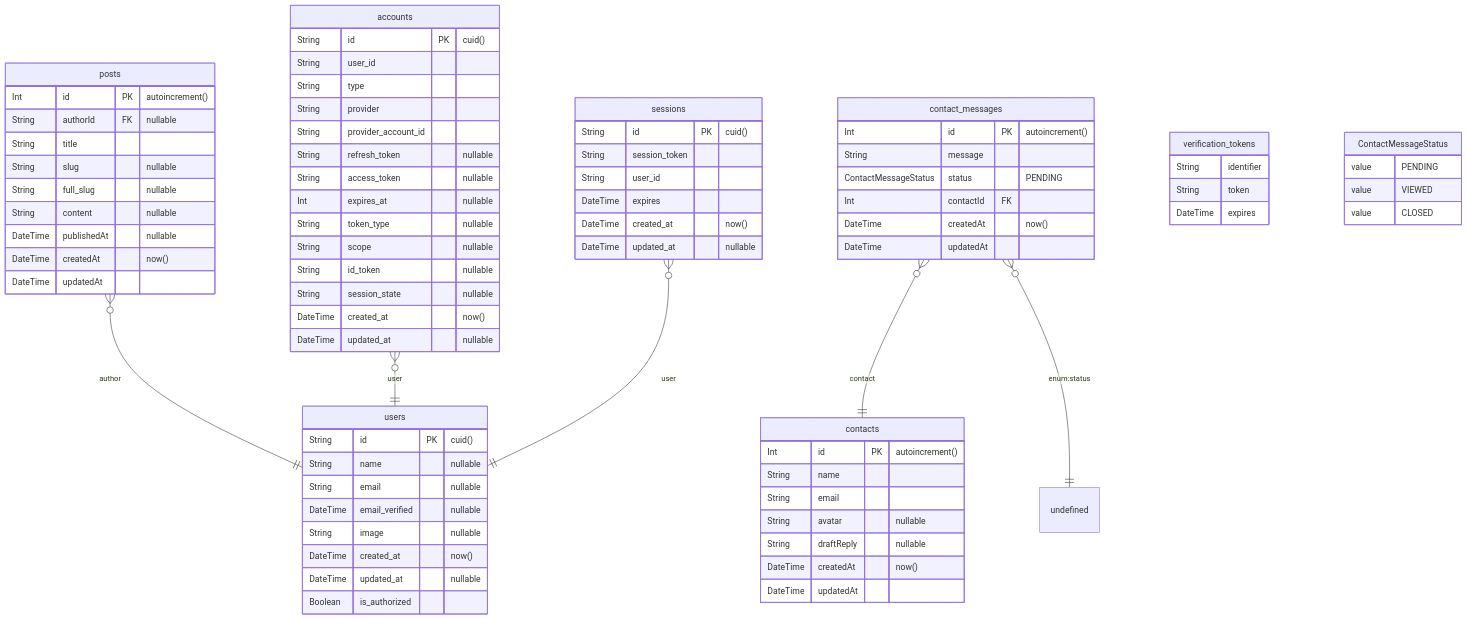
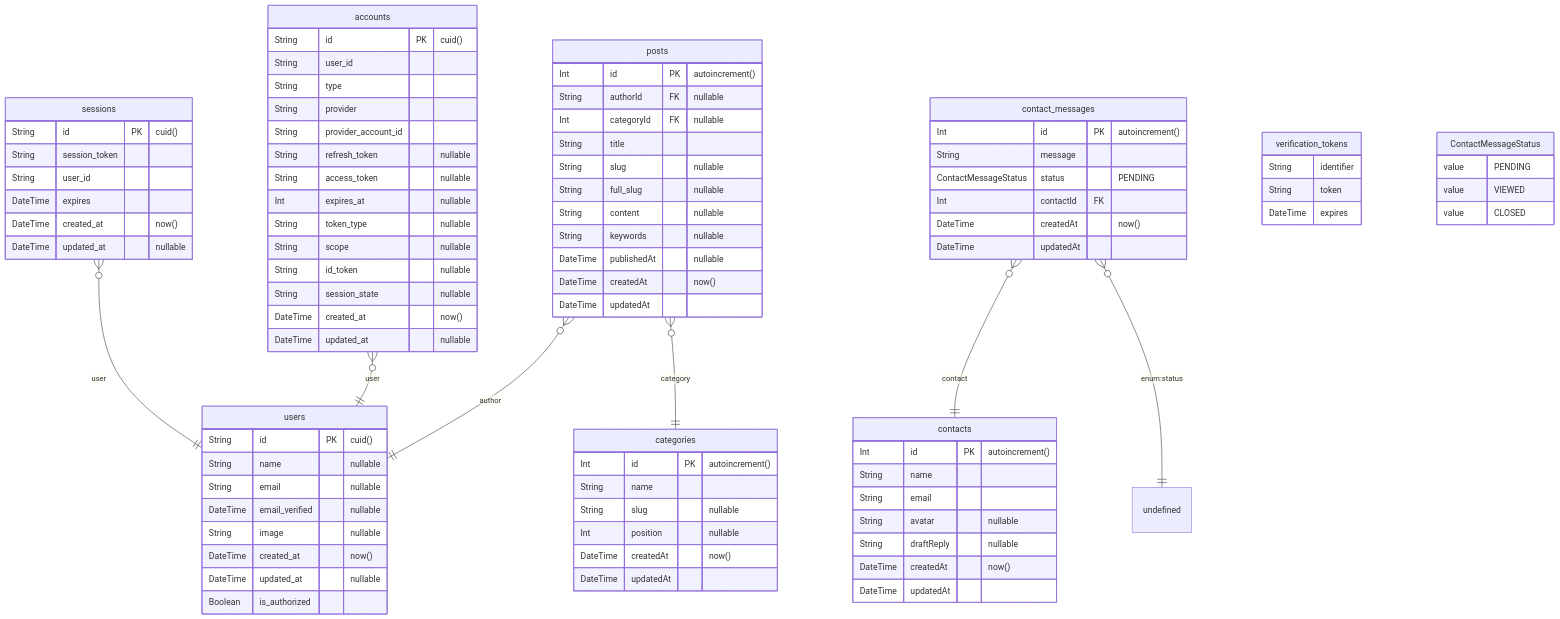
Before and after one commit to boleknowak/piotrdoniak.com: the diagram in prisma/ERD.md, drawn with Mermaid. The commit also changed 11 other files, not shown here.

```diff
--- a/prisma/ERD.md
+++ b/prisma/ERD.md
@@ -3,11 +3,21 @@
 	posts {
 		Int id PK  "autoincrement()"
 		String authorId FK  "nullable"
+		Int categoryId FK  "nullable"
 		String title
 		String slug  "nullable"
 		String full_slug  "nullable"
 		String content  "nullable"
+		String keywords  "nullable"
 		DateTime publishedAt  "nullable"
+		DateTime createdAt  "now()"
+		DateTime updatedAt
+	}
+	categories {
+		Int id PK  "autoincrement()"
+		String name
+		String slug  "nullable"
+		Int position  "nullable"
 		DateTime createdAt  "now()"
 		DateTime updatedAt
 	}
@@ -73,6 +83,7 @@
 		value CLOSED
 	}
 	posts }o--|| users : author
+	posts }o--|| categories : category
 	contact_messages }o--|| contacts : contact
 	contact_messages }o--|| undefined : "enum:status"
 	accounts }o--|| users : user
```
